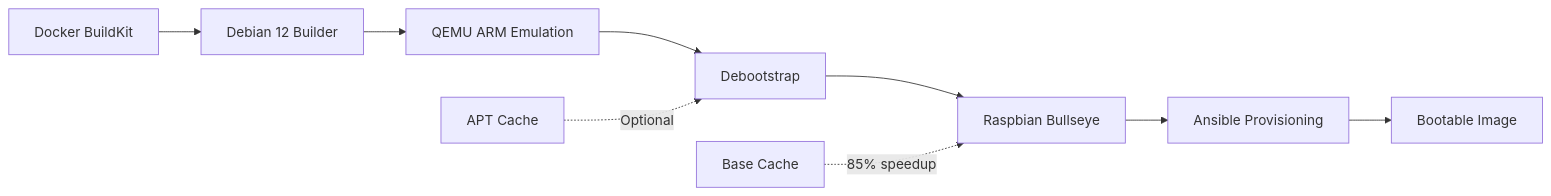
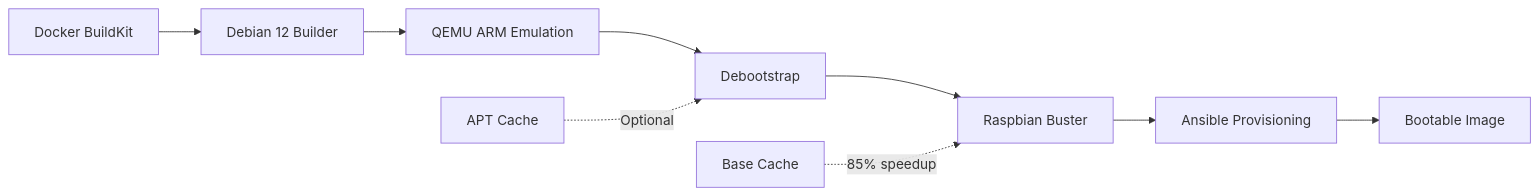
One commit to pimeleon/build-pimeleon changed the diagram in docs/index.md. Above: the diagram before and after it, drawn with Mermaid. The commit also changed other lines of this file and 2 other files, not shown here.

````diff
--- a/docs/index.md
+++ b/docs/index.md
@@ -99,12 +83,12 @@
 ```mermaid
 graph LR
     A[Docker BuildKit] --> B[Debian 12 Builder]
     B --> C[QEMU ARM Emulation]
     C --> D[Debootstrap]
-    D --> E[Raspbian Bullseye]
+    D --> E[Raspbian Buster]
     E --> F[Ansible Provisioning]
     F --> G[Bootable Image]
 
     H[APT Cache] -.->|Optional| D
     I[Base Cache] -.->|85% speedup| E
 ```
````
